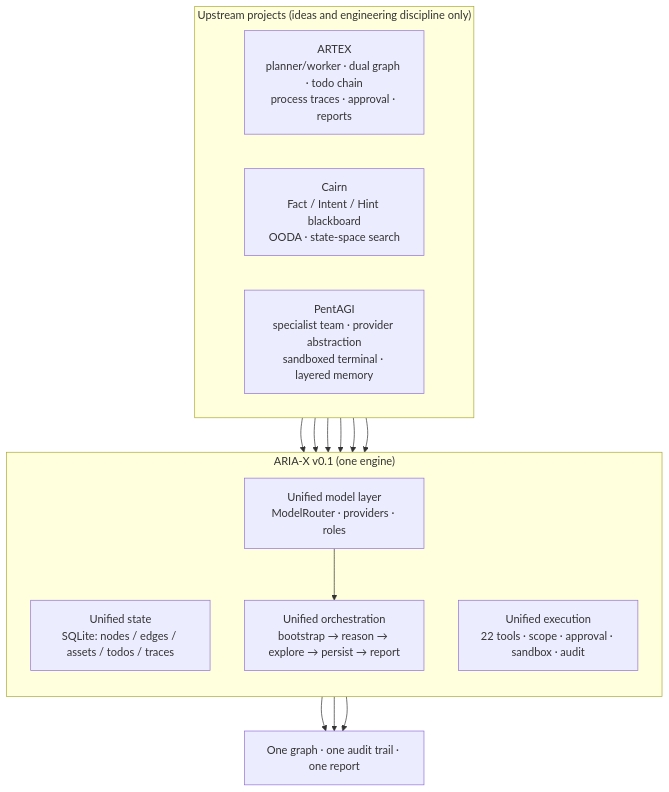
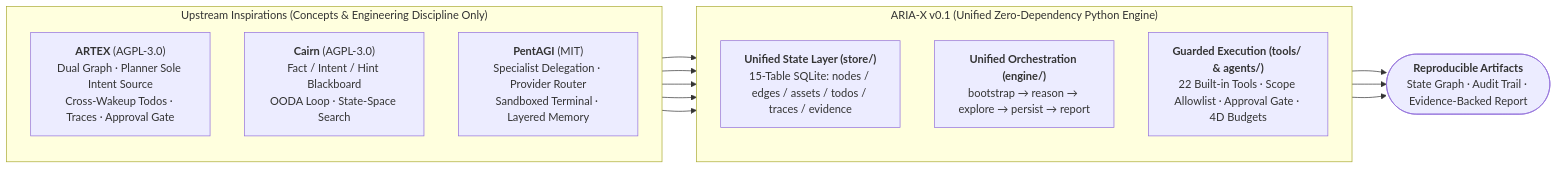
The diagram in README.en.md (01NGVI-QINGYI/ARIA-X), drawn with Mermaid before and after one commit. The commit also changed other lines of this file and 2 other files, not shown here.

Commit message:
docs(readme): refine structure, compact lineage diagram, and clarify non-offensive research positioning

````diff
--- a/README.en.md
+++ b/README.en.md
@@ -105,28 +79,20 @@
 ```mermaid
-flowchart TB
-    subgraph UP["Upstream projects (ideas and engineering discipline only)"]
-        direction LR
-        A["ARTEX<br/>planner/worker · dual graph · todo chain<br/>process traces · approval · reports"]
-        C["Cairn<br/>Fact / Intent / Hint blackboard<br/>OODA · state-space search"]
-        P["PentAGI<br/>specialist team · provider abstraction<br/>sandboxed terminal · layered memory"]
+flowchart LR
+    subgraph UP["Upstream Inspirations (Concepts & Engineering Discipline Only)"]
+        direction TB
+        A["<b>ARTEX</b> (AGPL-3.0)<br/>Dual Graph · Planner Sole Intent Source<br/>Cross-Wakeup Todos · Traces · Approval Gate"]
+        C["<b>Cairn</b> (AGPL-3.0)<br/>Fact / Intent / Hint Blackboard<br/>OODA Loop · State-Space Search"]
+        P["<b>PentAGI</b> (MIT)<br/>Specialist Delegation · Provider Router<br/>Sandboxed Terminal · Layered Memory"]
     end
 
-    subgraph ARIA-X["ARIA-X v0.1 (one engine)"]
+    subgraph CORE["ARIA-X v0.1 (Unified Zero-Dependency Python Engine)"]
         direction TB
-        ST["Unified state<br/>SQLite: nodes / edges / assets / todos / traces"]
-        OR["Unified orchestration<br/>bootstrap → reason → explore → persist → report"]
-        EX["Unified execution<br/>22 tools · scope · approval · sandbox · audit"]
-        LM["Unified model layer<br/>ModelRouter · providers · roles"]
+        ST["<b>Unified State Layer (store/)</b><br/>15-Table SQLite: nodes / edges / assets / todos / traces / evidence"]
+        OR["<b>Unified Orchestration (engine/)</b><br/>bootstrap → reason → explore → persist → report"]
+        EX["<b>Guarded Execution (tools/ & agents/)</b><br/>22 Built-in Tools · Scope Allowlist · Approval Gate · 4D Budgets"]
     end
 
-    C --> ST
-    C --> OR
-    A --> OR
-    A --> ST
-    P --> LM
+    A & C --> ST & OR
     P --> EX
-    ST --> OUT["One graph · one audit trail · one report"]
-    OR --> OUT
-    EX --> OUT
-    LM --> OR
+    ST & OR & EX --> OUT(["<b>Reproducible Artifacts</b><br/>State Graph · Audit Trail · Evidence-Backed Report"])
 ```
````
